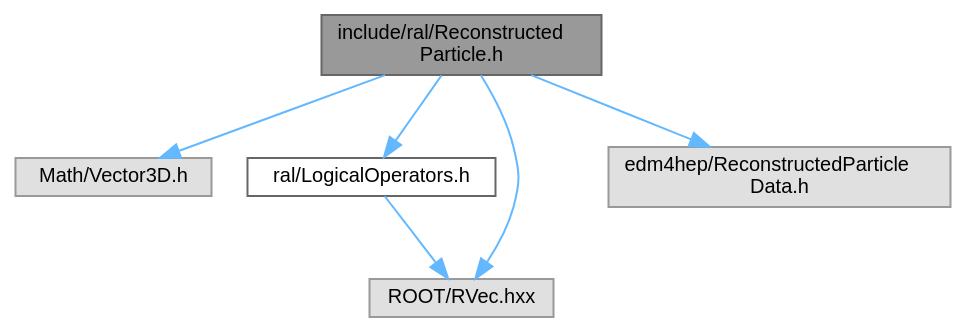
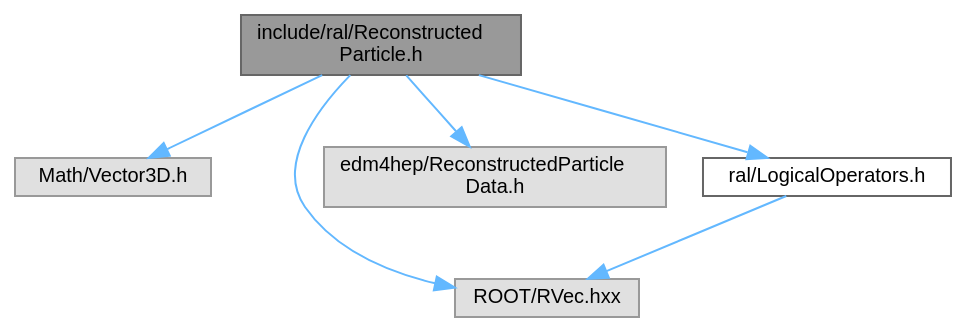
The diagram in docs/ReconstructedParticle_8h__incl.dot (Juanki0396/ral), drawn with Graphviz before and after one commit. The commit also changed 7 other files, not shown here.

```diff
--- a/docs/ReconstructedParticle_8h__incl.dot
+++ b/docs/ReconstructedParticle_8h__incl.dot
@@ -1,17 +1,17 @@
 digraph "include/ral/ReconstructedParticle.h"
 {
  // LATEX_PDF_SIZE
   bgcolor="transparent";
   edge [fontname=Helvetica,fontsize=10,labelfontname=Helvetica,labelfontsize=10];
   node [fontname=Helvetica,fontsize=10,shape=box,height=0.2,width=0.4];
   Node1 [id="Node000001",label="include/ral/Reconstructed\lParticle.h",height=0.2,width=0.4,color="gray40", fillcolor="grey60", style="filled", fontcolor="black",tooltip=" "];
   Node1 -> Node2 [id="edge1_Node000001_Node000002",color="steelblue1",style="solid",tooltip=" "];
   Node2 [id="Node000002",label="Math/Vector3D.h",height=0.2,width=0.4,color="grey60", fillcolor="#E0E0E0", style="filled",tooltip=" "];
   Node1 -> Node3 [id="edge2_Node000001_Node000003",color="steelblue1",style="solid",tooltip=" "];
-  Node3 [id="Node000003",label="ral/LogicalOperators.h",height=0.2,width=0.4,color="grey40", fillcolor="white", style="filled",URL="$LogicalOperators_8h.html",tooltip=" "];
-  Node3 -> Node4 [id="edge3_Node000003_Node000004",color="steelblue1",style="solid",tooltip=" "];
-  Node4 [id="Node000004",label="ROOT/RVec.hxx",height=0.2,width=0.4,color="grey60", fillcolor="#E0E0E0", style="filled",tooltip=" "];
-  Node1 -> Node4 [id="edge4_Node000001_Node000004",color="steelblue1",style="solid",tooltip=" "];
-  Node1 -> Node5 [id="edge5_Node000001_Node000005",color="steelblue1",style="solid",tooltip=" "];
-  Node5 [id="Node000005",label="edm4hep/ReconstructedParticle\lData.h",height=0.2,width=0.4,color="grey60", fillcolor="#E0E0E0", style="filled",tooltip=" "];
+  Node3 [id="Node000003",label="ROOT/RVec.hxx",height=0.2,width=0.4,color="grey60", fillcolor="#E0E0E0", style="filled",tooltip=" "];
+  Node1 -> Node4 [id="edge3_Node000001_Node000004",color="steelblue1",style="solid",tooltip=" "];
+  Node4 [id="Node000004",label="edm4hep/ReconstructedParticle\lData.h",height=0.2,width=0.4,color="grey60", fillcolor="#E0E0E0", style="filled",tooltip=" "];
+  Node1 -> Node5 [id="edge4_Node000001_Node000005",color="steelblue1",style="solid",tooltip=" "];
+  Node5 [id="Node000005",label="ral/LogicalOperators.h",height=0.2,width=0.4,color="grey40", fillcolor="white", style="filled",URL="$LogicalOperators_8h.html",tooltip=" "];
+  Node5 -> Node3 [id="edge5_Node000005_Node000003",color="steelblue1",style="solid",tooltip=" "];
 }
```
